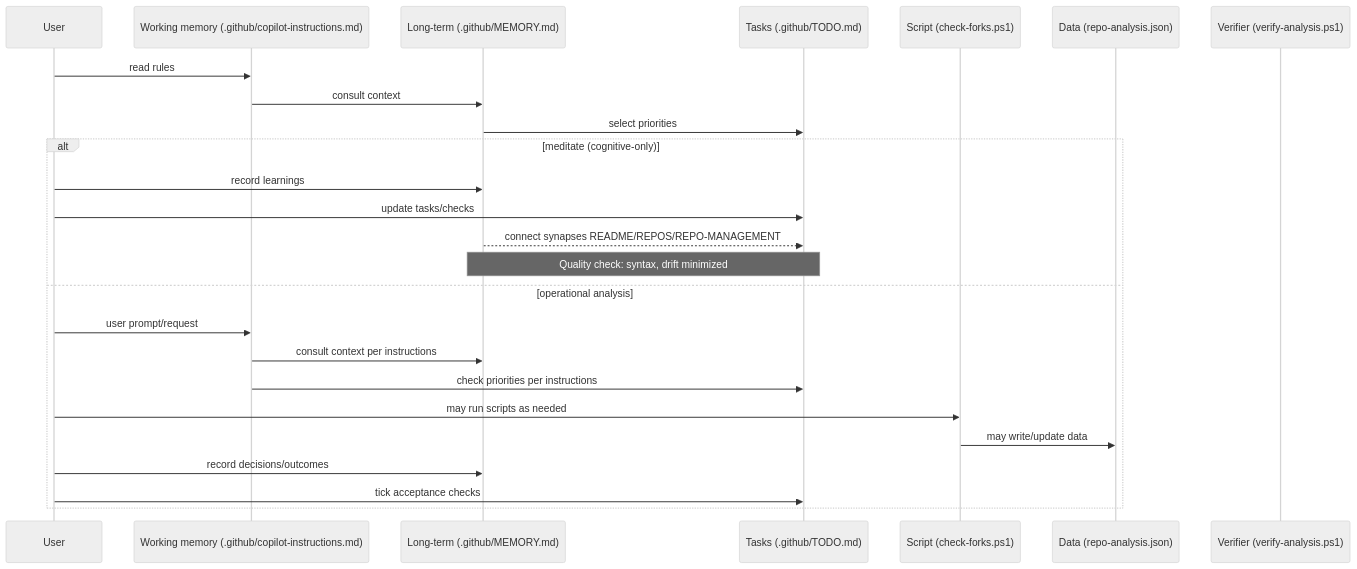
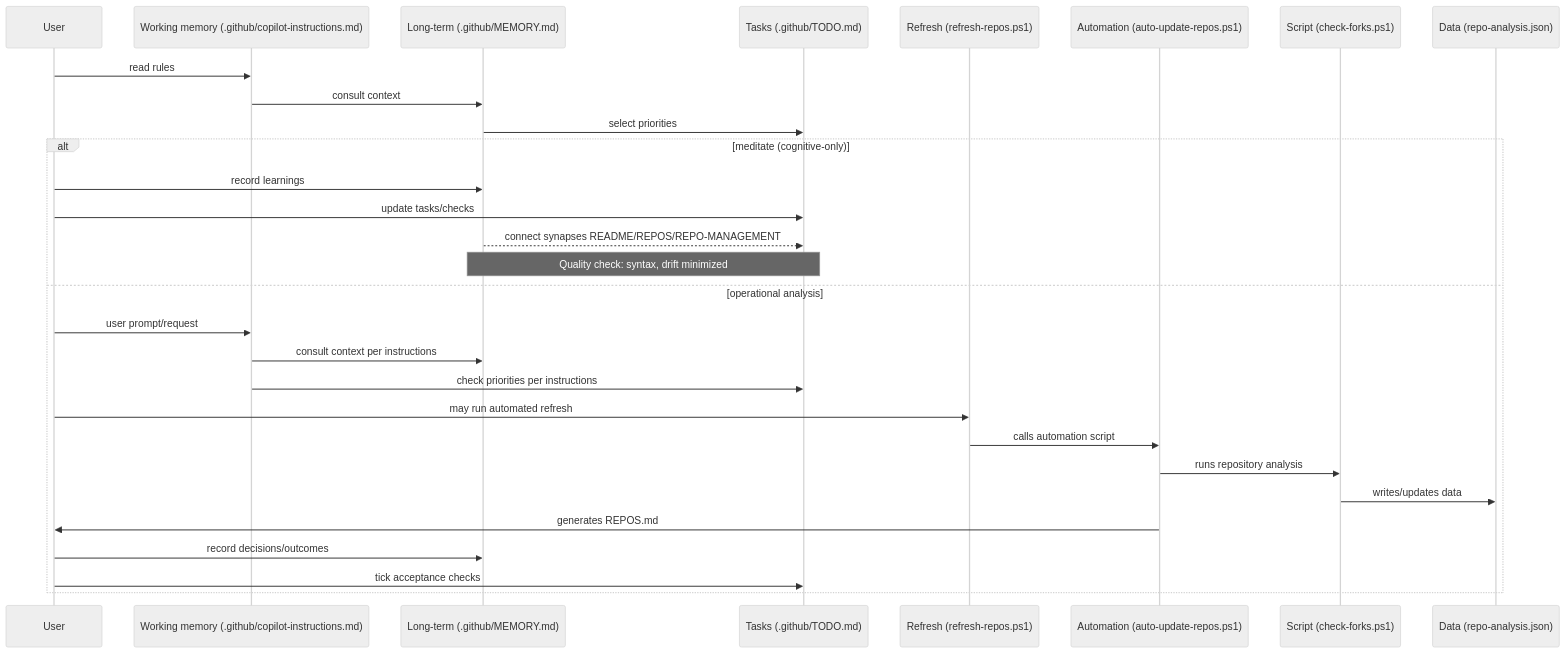
Before and after one commit to fabioc-aloha/fabioc-aloha: the second of 2 diagrams in COGNITIVE.md, drawn with Mermaid (neutral theme). The commit also changed other lines of this file and 12 other files, not shown here.

First line of the commit message:
feat: implement fully automated repository portfolio system

````diff
--- a/COGNITIVE.md
+++ b/COGNITIVE.md
@@ -161,29 +163,33 @@
 ```mermaid
 sequenceDiagram
   participant U as User
   participant WM as Working memory (.github/copilot-instructions.md)
   participant LT as Long-term (.github/MEMORY.md)
   participant TD as Tasks (.github/TODO.md)
+  participant RF as Refresh (refresh-repos.ps1)
+  participant AU as Automation (auto-update-repos.ps1)
   participant SC as Script (check-forks.ps1)
   participant JS as Data (repo-analysis.json)
-  participant VF as Verifier (verify-analysis.ps1)
 
   U->>WM: read rules
   WM->>LT: consult context
   LT->>TD: select priorities
 
   alt meditate (cognitive-only)
     U->>LT: record learnings
     U->>TD: update tasks/checks
     LT-->>TD: connect synapses README/REPOS/REPO-MANAGEMENT
     Note over LT,TD: Quality check: syntax, drift minimized
   else operational analysis
     U->>WM: user prompt/request
     WM->>LT: consult context per instructions
     WM->>TD: check priorities per instructions
-    U->>SC: may run scripts as needed
-    SC->>JS: may write/update data
+    U->>RF: may run automated refresh
+    RF->>AU: calls automation script
+    AU->>SC: runs repository analysis
+    SC->>JS: writes/updates data
+    AU->>U: generates REPOS.md
     U->>LT: record decisions/outcomes
     U->>TD: tick acceptance checks
   end
 ```
````
